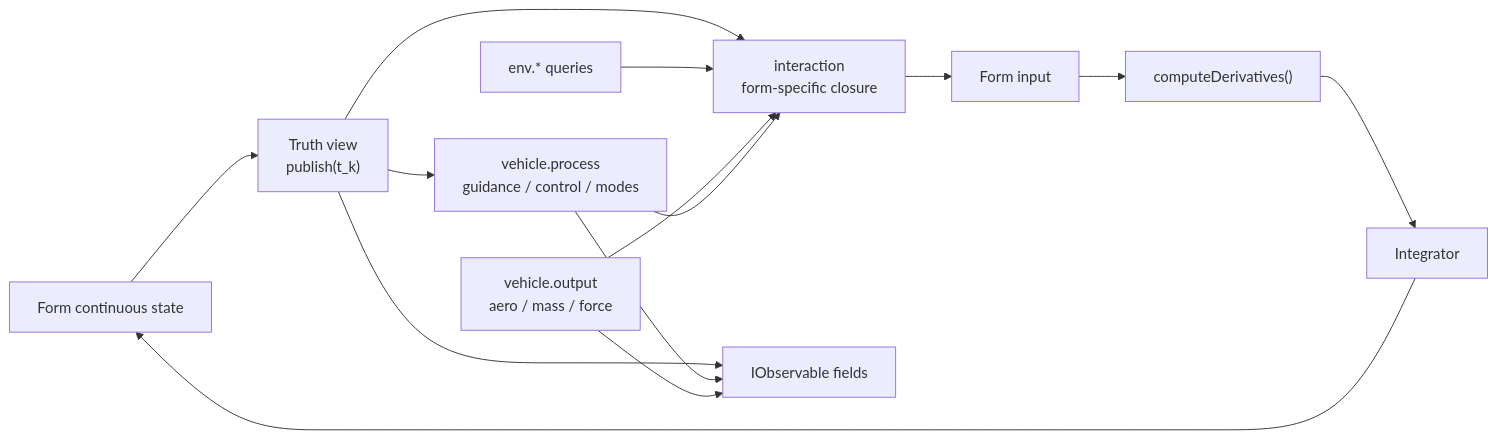
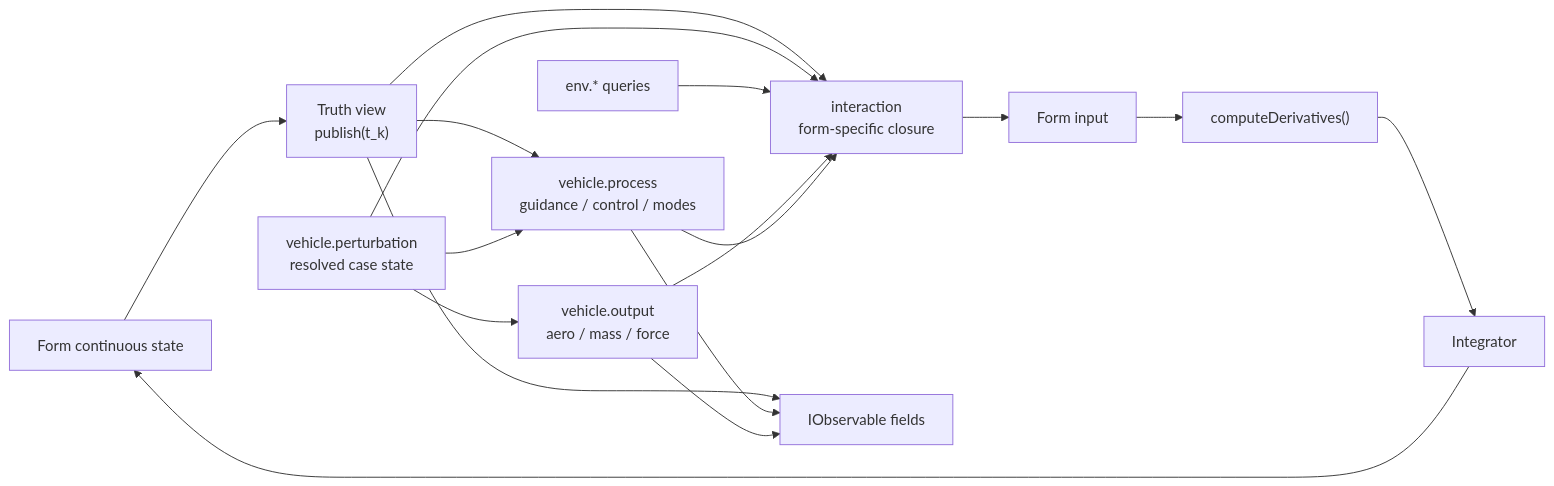
The sixth of 6 diagrams in doc/00-current-architecture.md (aofenghanyue/GNCZMKN), drawn with Mermaid before and after one commit. The commit also changed other lines of this file and 7 other files, not shown here.

````diff
--- a/doc/00-current-architecture.md
+++ b/doc/00-current-architecture.md
@@ -128,16 +166,19 @@
 ```mermaid
 flowchart LR
     State["Form continuous state"] --> Truth["Truth view<br/>publish(t_k)"]
     Truth --> Process["vehicle.process<br/>guidance / control / modes"]
     Truth --> Interaction["interaction<br/>form-specific closure"]
+    Perturbation["vehicle.perturbation<br/>resolved case state"] --> Process
+    Perturbation --> Output
+    Perturbation --> Interaction
     Environment["env.* queries"] --> Interaction
     Output["vehicle.output<br/>aero / mass / force"] --> Interaction
     Process --> Interaction
     Interaction --> Input["Form input"]
     Input --> Deriv["computeDerivatives()"]
     Deriv --> Integrator["Integrator"]
     Integrator --> State
     Truth --> Observable["IObservable fields"]
     Process --> Observable
     Output --> Observable
 ```
````
